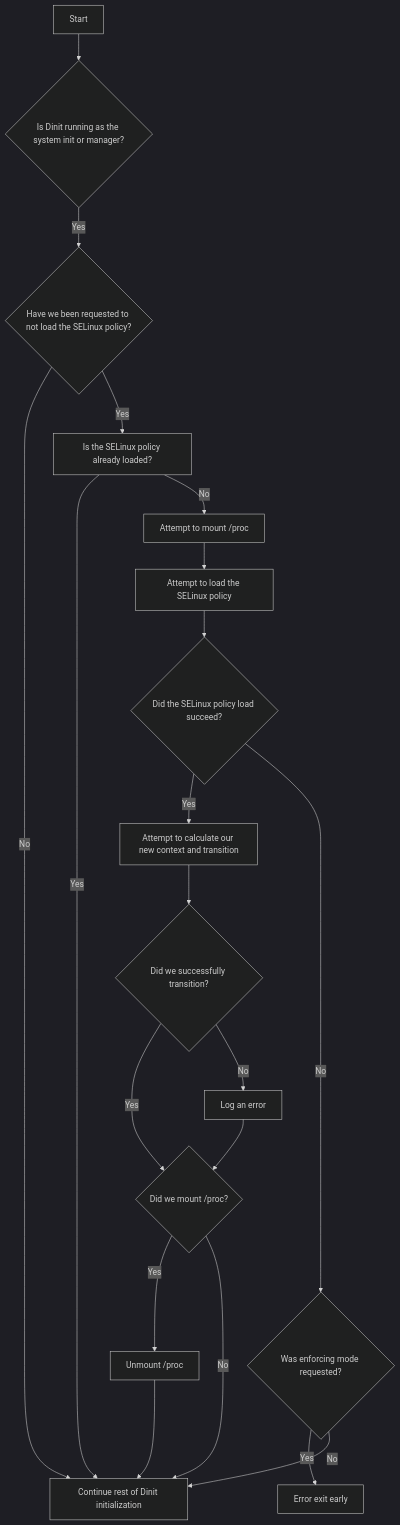
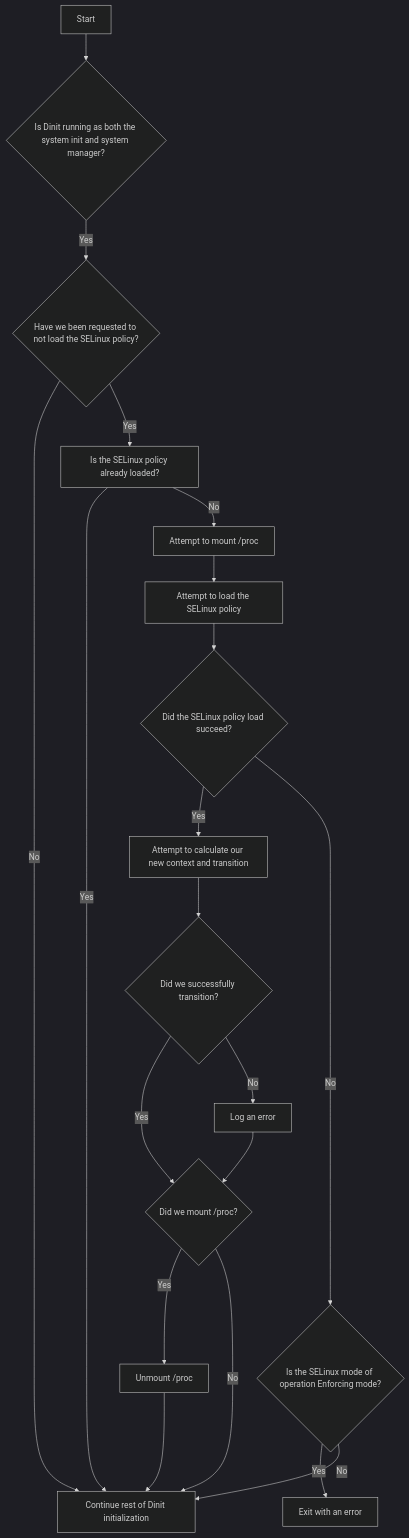
Before and after one commit to davmac314/dinit: the diagram in doc/linux/SELINUX.md, drawn with Mermaid (dark theme). The commit also changed other lines of this file, not shown here.

Commit message:
doc: SELinux documentation update

````diff
--- a/doc/linux/SELINUX.md
+++ b/doc/linux/SELINUX.md
@@ -33,22 +30,22 @@
 ```mermaid
 flowchart TD
-    A[Start] --> B{"Is Dinit running as the system init or manager?"}
+    A[Start] --> B{"Is Dinit running as both the system init and system manager?"}
     B -->|Yes| C{Have we been requested to not load the SELinux policy?}
     C -->|No| D[Continue rest of Dinit initialization]
     C -->|Yes| E[Is the SELinux policy already loaded?]
     E -->|Yes| D
     E --> |No| G[Attempt to mount /proc]
     G --> J[Attempt to load the SELinux policy]
     J --> K{Did the SELinux policy load succeed?}
     K -->|Yes| L[Attempt to calculate our new context and transition]
-    K -->|No| M{Was enforcing mode requested?}
-    M -->|Yes| I[Error exit early]
+    K -->|No| M{Is the SELinux mode of operation Enforcing mode?}
+    M -->|Yes| I[Exit with an error]
     M -->|No| D
     L --> N{Did we successfully transition?}
     N -->|Yes| P{Did we mount /proc?}
     N -->|No| O[Log an error]
     O --> P
     P -->|Yes| Q[Unmount /proc]
     P -->|No| D
     Q --> D
 ```
````
